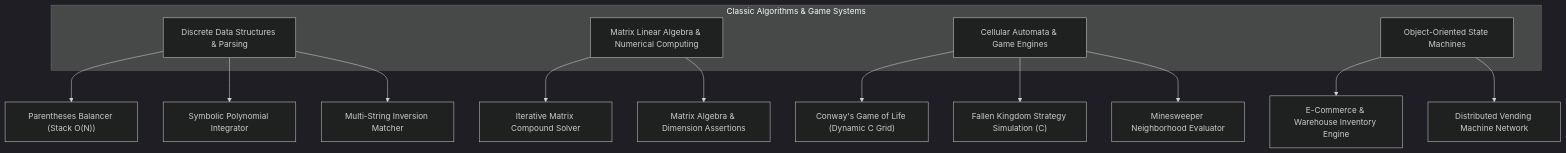
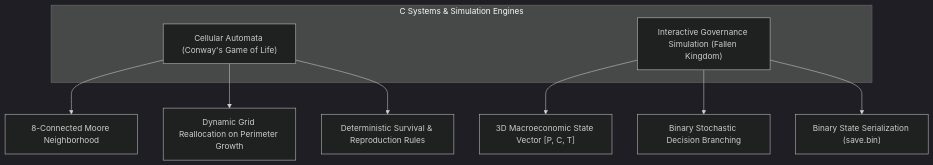
The diagram in README.md (MahdiTheGreat/c-algorithms-and-games), drawn with Mermaid (dark theme) before and after one commit. The commit also changed other lines of this file and 12 other files, not shown here.

Commit message:
Refactor repository into dedicated C simulation and game engines monorepo

````diff
--- a/README.md
+++ b/README.md
@@ -38,23 +25,15 @@
 ```mermaid
 graph TD
-    subgraph Core["Classic Algorithms & Game Systems"]
-        P1["Discrete Data Structures & Parsing"]
-        P2["Matrix Linear Algebra & Numerical Computing"]
-        P3["Cellular Automata & Game Engines"]
-        P4["Object-Oriented State Machines"]
+    subgraph Core["C Systems & Simulation Engines"]
+        CA["Cellular Automata (Conway's Game of Life)"]
+        SM["Interactive Governance Simulation (Fallen Kingdom)"]
     end
 
-    P1 --> PB["Parentheses Balancer (Stack O(N))"]
-    P1 --> PI["Symbolic Polynomial Integrator"]
-    P1 --> SS["Multi-String Inversion Matcher"]
+    CA --> MN["8-Connected Moore Neighborhood"]
+    CA --> GE["Dynamic Grid Reallocation on Perimeter Growth"]
+    CA --> TR["Deterministic Survival & Reproduction Rules"]
 
-    P2 --> MC["Iterative Matrix Compound Solver"]
-    P2 --> MA["Matrix Algebra & Dimension Assertions"]
-
-    P3 --> CG["Conway's Game of Life (Dynamic C Grid)"]
-    P3 --> FK["Fallen Kingdom Strategy Simulation (C)"]
-    P3 --> MS["Minesweeper Neighborhood Evaluator"]
-
-    P4 --> EC["E-Commerce & Warehouse Inventory Engine"]
-    P4 --> VM["Distributed Vending Machine Network"]
+    SM --> SV["3D Macroeconomic State Vector [P, C, T]"]
+    SM --> DB["Binary Stochastic Decision Branching"]
+    SM --> BS["Binary State Serialization (save.bin)"]
 ```
````
